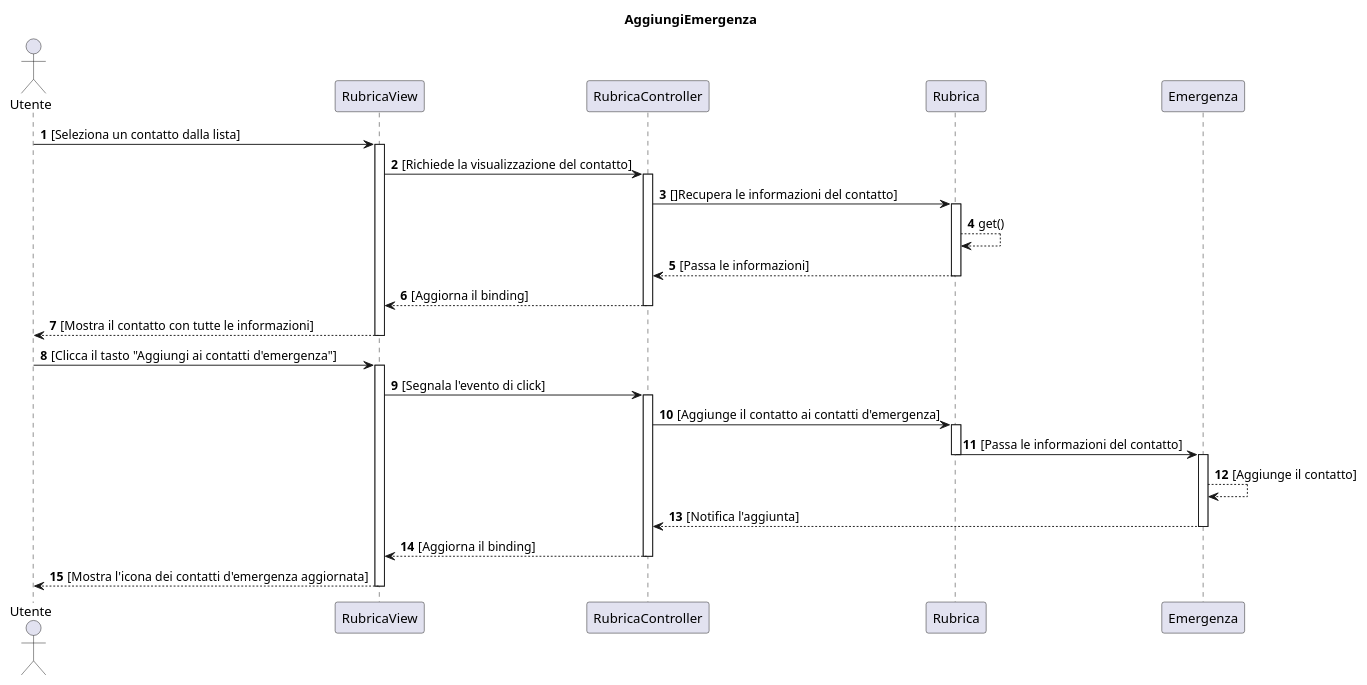
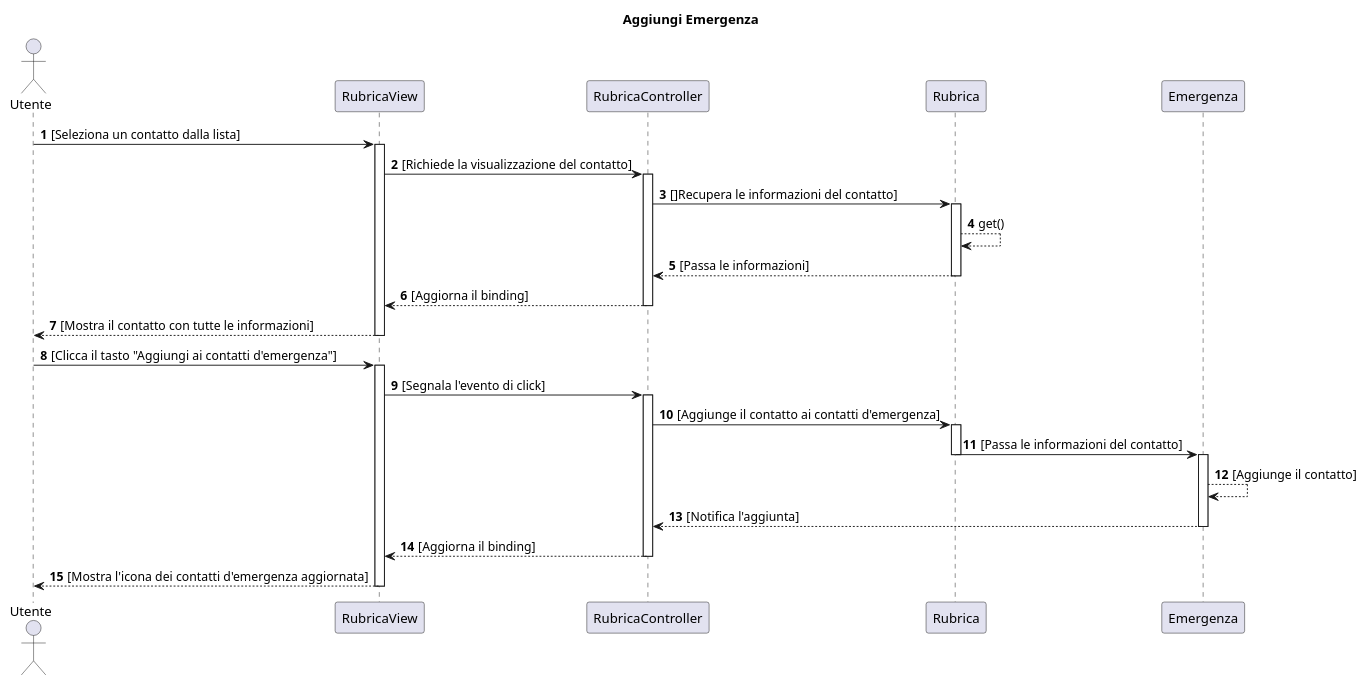
Before and after one commit to emanueletocci/uni-swe-project: the diagram in docs/bozze/Diagrammi/Sequenza/ScenarioAggiuntaEmergenza.puml, drawn with PlantUML. The commit also changed 6 other files, not shown here.

```diff
--- a/docs/bozze/Diagrammi/Sequenza/ScenarioAggiuntaEmergenza.puml
+++ b/docs/bozze/Diagrammi/Sequenza/ScenarioAggiuntaEmergenza.puml
@@ -1,41 +1,41 @@
 @startuml
-title AggiungiEmergenza
+title Aggiungi Emergenza
 autonumber
 actor Utente
 participant RubricaView
 participant RubricaController
 participant Rubrica
 participant Emergenza
 
 Utente -> RubricaView : [Seleziona un contatto dalla lista]
 activate RubricaView
 RubricaView -> RubricaController : [Richiede la visualizzazione del contatto]
 activate RubricaController
 RubricaController -> Rubrica : []Recupera le informazioni del contatto]
 activate Rubrica
 Rubrica --> Rubrica : get()
 Rubrica --> RubricaController : [Passa le informazioni]
 deactivate Rubrica
 RubricaController --> RubricaView : [Aggiorna il binding]
 deactivate RubricaController
 RubricaView --> Utente : [Mostra il contatto con tutte le informazioni]
 deactivate RubricaView
 
 Utente -> RubricaView : [Clicca il tasto "Aggiungi ai contatti d'emergenza"]
 activate RubricaView
 RubricaView -> RubricaController : [Segnala l'evento di click]
 activate RubricaController
 RubricaController -> Rubrica : [Aggiunge il contatto ai contatti d'emergenza]
 activate Rubrica
 Rubrica -> Emergenza : [Passa le informazioni del contatto]
 deactivate Rubrica
 activate Emergenza
 Emergenza --> Emergenza : [Aggiunge il contatto]
 
 Emergenza --> RubricaController : [Notifica l'aggiunta]
 deactivate Emergenza
 RubricaController --> RubricaView : [Aggiorna il binding]
 deactivate RubricaController
 RubricaView --> Utente : [Mostra l'icona dei contatti d'emergenza aggiornata]
 deactivate RubricaView
 @enduml
```
